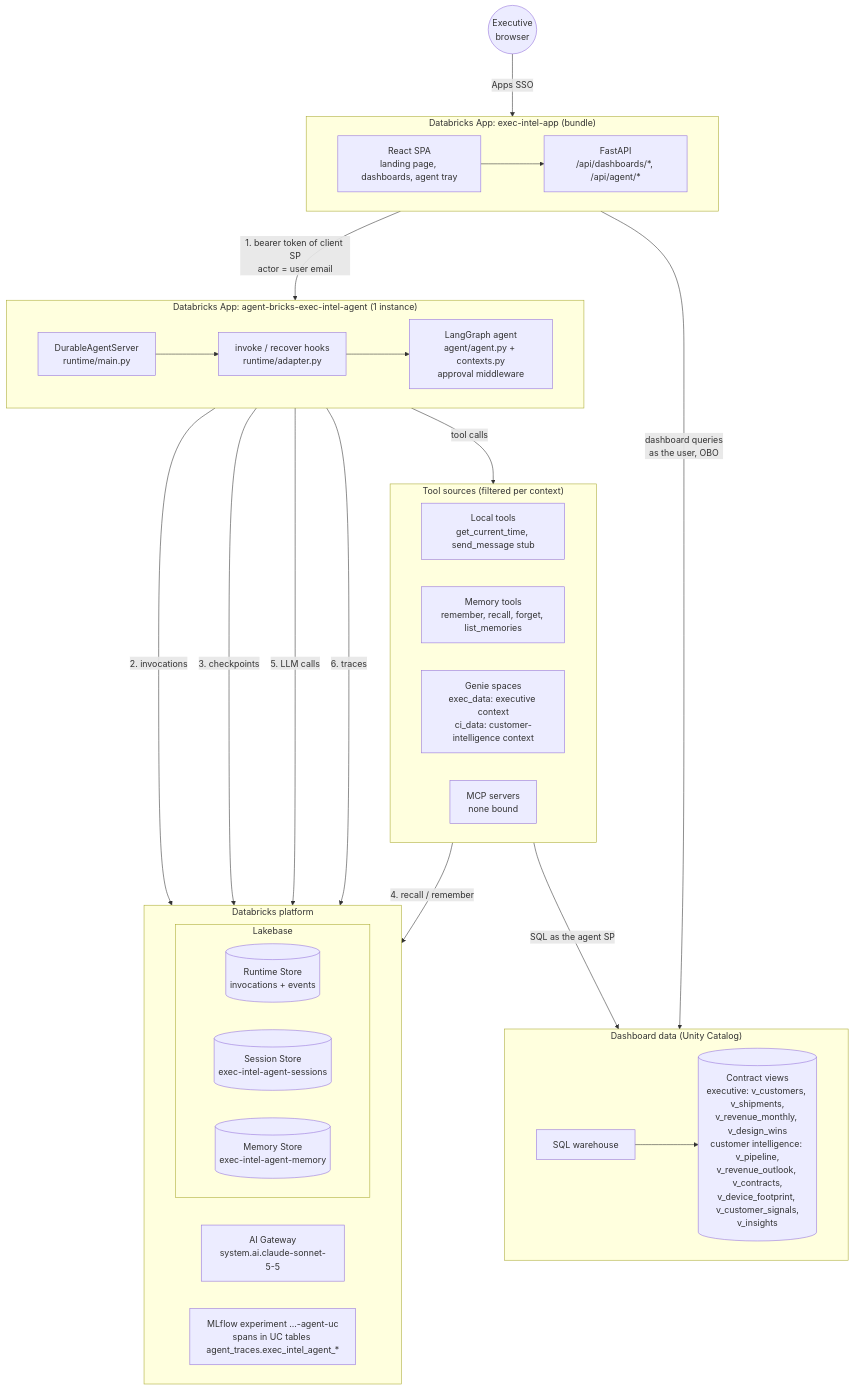
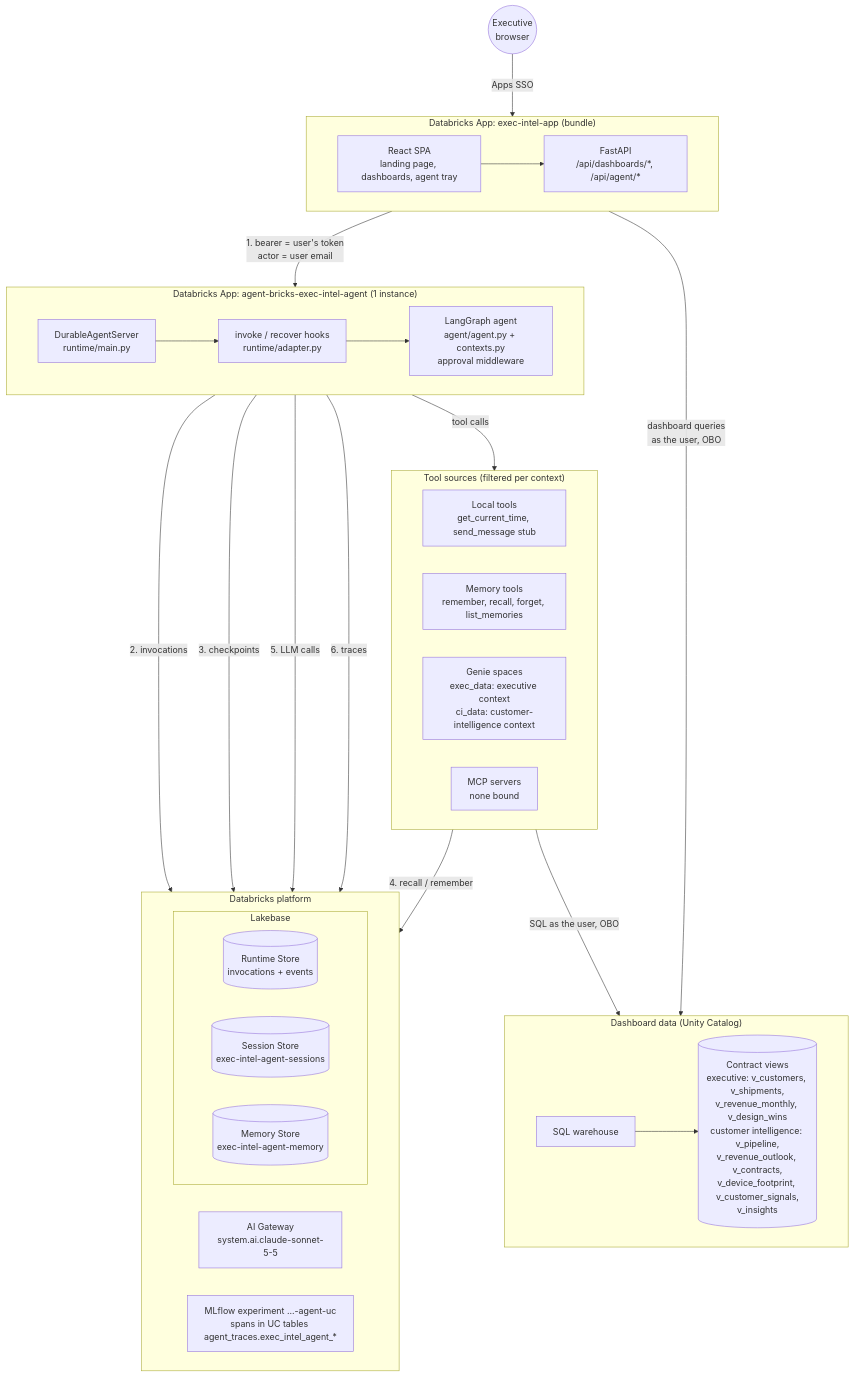
One commit to TaylorAHanson/executive-intelligence changed the second of 7 diagrams in architecture.md. Above: the diagram before and after it, drawn with Mermaid. The commit also changed other lines of this file and 15 other files, not shown here.

First line of the commit message:
Run the agent's data tools as the signed-in user

````diff
--- a/architecture.md
+++ b/architecture.md
@@ -193,64 +193,64 @@
 ```mermaid
 ---
 config:
   flowchart:
     nodeSpacing: 50
     rankSpacing: 90
     curve: basis
 ---
 flowchart TB
     User((Executive<br/>browser))
 
     subgraph Client["Databricks App: exec-intel-app (bundle)"]
         direction LR
         SPA[React SPA<br/>landing page, dashboards, agent tray]
         API[FastAPI<br/>/api/dashboards/*, /api/agent/*]
         SPA --> API
     end
 
     subgraph Data["Dashboard data (Unity Catalog)"]
         direction LR
         WH[SQL warehouse]
         Views[(Contract views<br/>executive: v_customers, v_shipments,<br/>v_revenue_monthly, v_design_wins<br/>customer intelligence: v_pipeline,<br/>v_revenue_outlook, v_contracts,<br/>v_device_footprint, v_customer_signals,<br/>v_insights)]
         WH --> Views
     end
 
     subgraph App["Databricks App: agent-bricks-exec-intel-agent (1 instance)"]
         direction LR
         Server[DurableAgentServer<br/>runtime/main.py]
         Adapter[invoke / recover hooks<br/>runtime/adapter.py]
         Graph[LangGraph agent<br/>agent/agent.py + contexts.py<br/>approval middleware]
         Server --> Adapter --> Graph
     end
 
     subgraph Tools["Tool sources (filtered per context)"]
         direction LR
         Local[Local tools<br/>get_current_time, send_message stub]
         MemT[Memory tools<br/>remember, recall, forget, list_memories]
         Genie[Genie spaces<br/>exec_data: executive context<br/>ci_data: customer-intelligence context]
         MCP[MCP servers<br/>none bound]
     end
 
     subgraph Platform["Databricks platform"]
         direction LR
         GW[AI Gateway<br/>system.ai.claude-sonnet-5-5]
         subgraph Lakebase
             direction LR
             RS[(Runtime Store<br/>invocations + events)]
             SS[(Session Store<br/>exec-intel-agent-sessions)]
             MS[(Memory Store<br/>exec-intel-agent-memory)]
         end
         ML[MLflow experiment ...-agent-uc<br/>spans in UC tables agent_traces.exec_intel_agent_*]
     end
 
     User -->|Apps SSO| SPA
     API -->|dashboard queries<br/>as the user, OBO| WH
-    API -->|1. bearer token of client SP<br/>actor = user email| Server
+    API -->|1. bearer = user's token<br/>actor = user email| Server
     Graph -->|tool calls| Tools
-    Genie -->|SQL as the agent SP| WH
+    Genie -->|SQL as the user, OBO| WH
     Server -->|2. invocations| RS
     Graph -->|3. checkpoints| SS
     MemT -->|4. recall / remember| MS
     Graph -->|5. LLM calls| GW
     Graph -->|6. traces| ML
 ```
````
